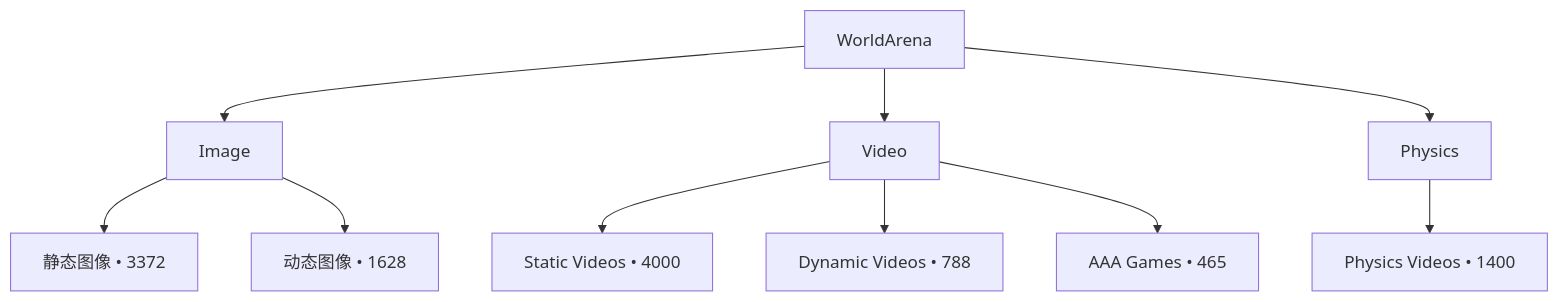
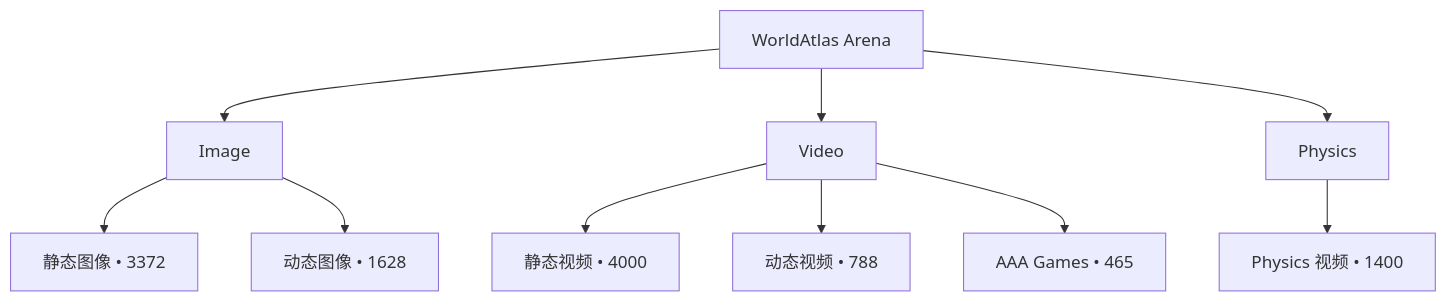
One commit to OpenEnvision/WorldAtlas changed the diagram in docs/zh/overview.md. Above: the diagram before and after it, drawn with Mermaid. The commit also changed other lines of this file and 2319 other files, not shown here.

````diff
--- a/docs/zh/overview.md
+++ b/docs/zh/overview.md
@@ -31,13 +229,13 @@
 ```mermaid
 graph TD
-  root[WorldArena]
+  root[WorldAtlas Arena]
   root --> images[Image]
   root --> videos[Video]
   root --> physics[Physics]
   images --> static_images[静态图像 • 3372]
   images --> dynamic_images[动态图像 • 1628]
-  videos --> static_videos[Static Videos • 4000]
-  videos --> dynamic_videos[Dynamic Videos • 788]
+  videos --> static_videos[静态视频 • 4000]
+  videos --> dynamic_videos[动态视频 • 788]
   videos --> aaa_games[AAA Games • 465]
-  physics --> physics_videos[Physics Videos • 1400]
+  physics --> physics_videos[Physics 视频 • 1400]
 ```
````
